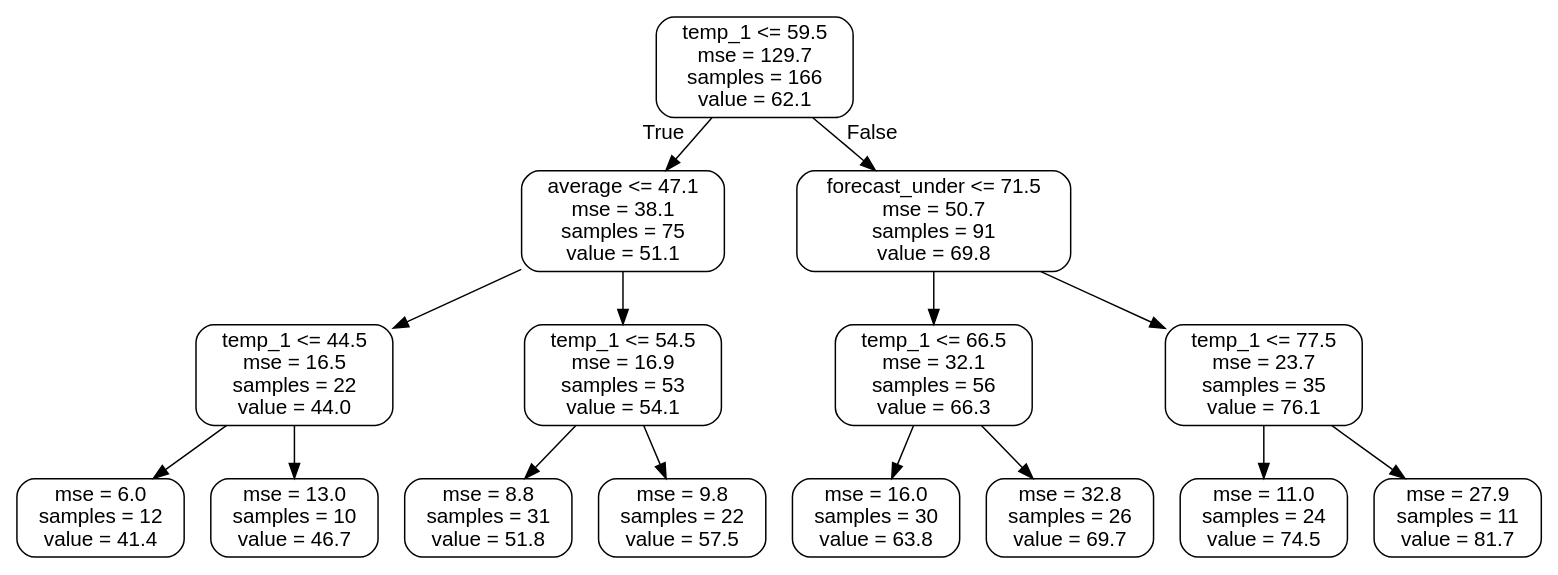
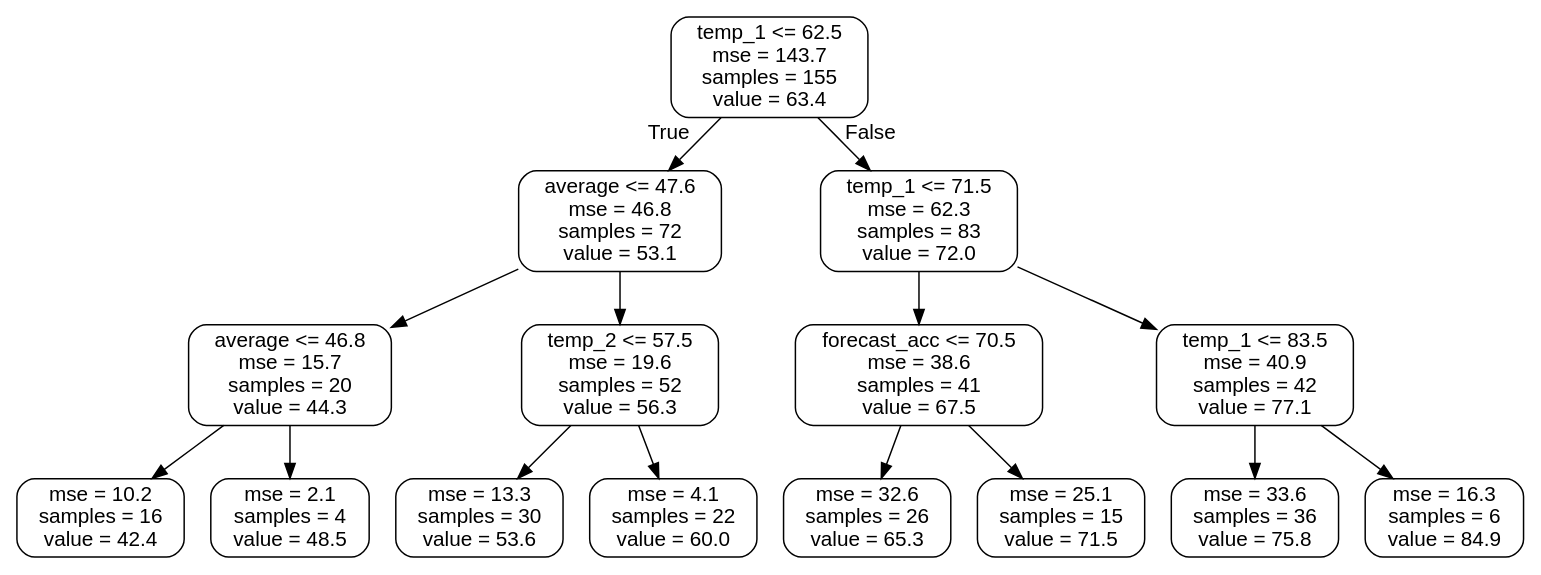
One commit to shawlu95/Data-Science-Toolbox changed the diagram in models/random_forest/small_tree.dot. Above: the diagram before and after it, drawn with Graphviz. The commit also changed 14 other files, not shown here.

```diff
--- a/models/random_forest/small_tree.dot
+++ b/models/random_forest/small_tree.dot
@@ -1,33 +1,33 @@
 digraph Tree {
 node [shape=box, style="rounded", color="black", fontname=helvetica] ;
 edge [fontname=helvetica] ;
-0 [label="temp_1 <= 59.5\nmse = 129.7\nsamples = 166\nvalue = 62.1"] ;
-1 [label="average <= 47.1\nmse = 38.1\nsamples = 75\nvalue = 51.1"] ;
+0 [label="temp_1 <= 62.5\nmse = 143.7\nsamples = 155\nvalue = 63.4"] ;
+1 [label="average <= 47.6\nmse = 46.8\nsamples = 72\nvalue = 53.1"] ;
 0 -> 1 [labeldistance=2.5, labelangle=45, headlabel="True"] ;
-2 [label="temp_1 <= 44.5\nmse = 16.5\nsamples = 22\nvalue = 44.0"] ;
+2 [label="average <= 46.8\nmse = 15.7\nsamples = 20\nvalue = 44.3"] ;
 1 -> 2 ;
-3 [label="mse = 6.0\nsamples = 12\nvalue = 41.4"] ;
+3 [label="mse = 10.2\nsamples = 16\nvalue = 42.4"] ;
 2 -> 3 ;
-4 [label="mse = 13.0\nsamples = 10\nvalue = 46.7"] ;
+4 [label="mse = 2.1\nsamples = 4\nvalue = 48.5"] ;
 2 -> 4 ;
-5 [label="temp_1 <= 54.5\nmse = 16.9\nsamples = 53\nvalue = 54.1"] ;
+5 [label="temp_2 <= 57.5\nmse = 19.6\nsamples = 52\nvalue = 56.3"] ;
 1 -> 5 ;
-6 [label="mse = 8.8\nsamples = 31\nvalue = 51.8"] ;
+6 [label="mse = 13.3\nsamples = 30\nvalue = 53.6"] ;
 5 -> 6 ;
-7 [label="mse = 9.8\nsamples = 22\nvalue = 57.5"] ;
+7 [label="mse = 4.1\nsamples = 22\nvalue = 60.0"] ;
 5 -> 7 ;
-8 [label="forecast_under <= 71.5\nmse = 50.7\nsamples = 91\nvalue = 69.8"] ;
+8 [label="temp_1 <= 71.5\nmse = 62.3\nsamples = 83\nvalue = 72.0"] ;
 0 -> 8 [labeldistance=2.5, labelangle=-45, headlabel="False"] ;
-9 [label="temp_1 <= 66.5\nmse = 32.1\nsamples = 56\nvalue = 66.3"] ;
+9 [label="forecast_acc <= 70.5\nmse = 38.6\nsamples = 41\nvalue = 67.5"] ;
 8 -> 9 ;
-10 [label="mse = 16.0\nsamples = 30\nvalue = 63.8"] ;
+10 [label="mse = 32.6\nsamples = 26\nvalue = 65.3"] ;
 9 -> 10 ;
-11 [label="mse = 32.8\nsamples = 26\nvalue = 69.7"] ;
+11 [label="mse = 25.1\nsamples = 15\nvalue = 71.5"] ;
 9 -> 11 ;
-12 [label="temp_1 <= 77.5\nmse = 23.7\nsamples = 35\nvalue = 76.1"] ;
+12 [label="temp_1 <= 83.5\nmse = 40.9\nsamples = 42\nvalue = 77.1"] ;
 8 -> 12 ;
-13 [label="mse = 11.0\nsamples = 24\nvalue = 74.5"] ;
+13 [label="mse = 33.6\nsamples = 36\nvalue = 75.8"] ;
 12 -> 13 ;
-14 [label="mse = 27.9\nsamples = 11\nvalue = 81.7"] ;
+14 [label="mse = 16.3\nsamples = 6\nvalue = 84.9"] ;
 12 -> 14 ;
 }
```
